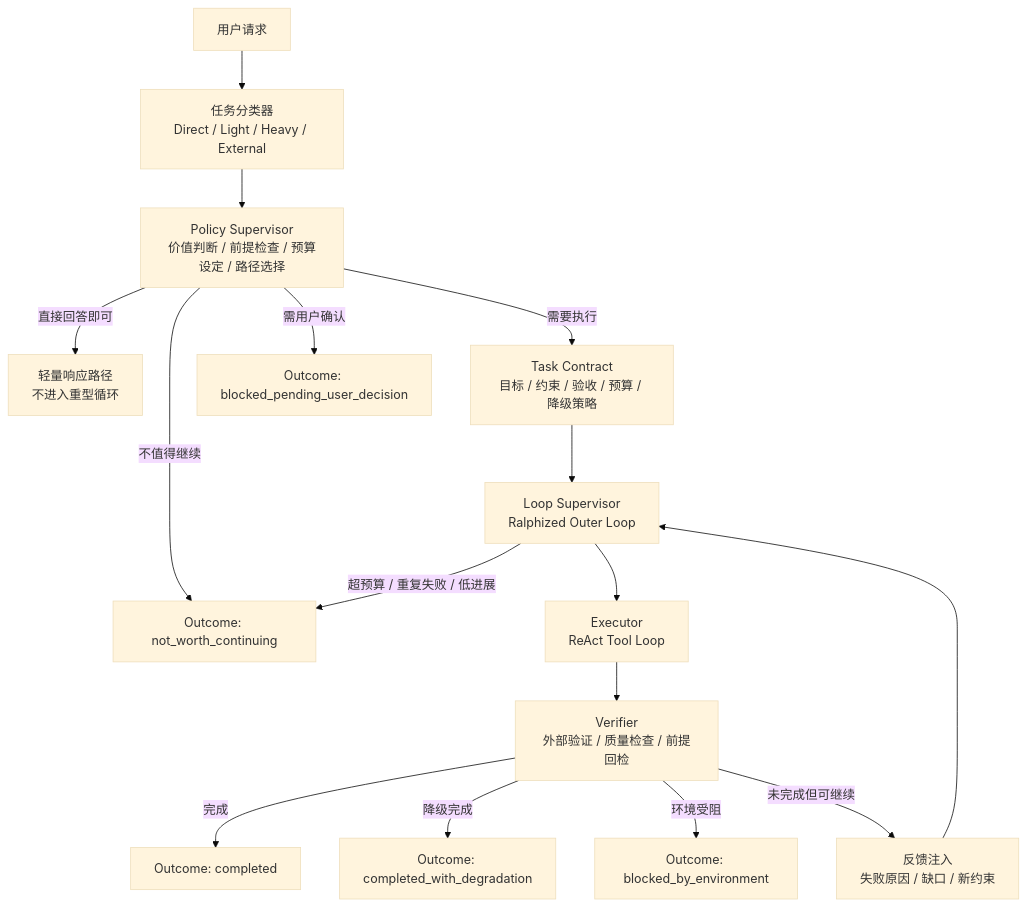
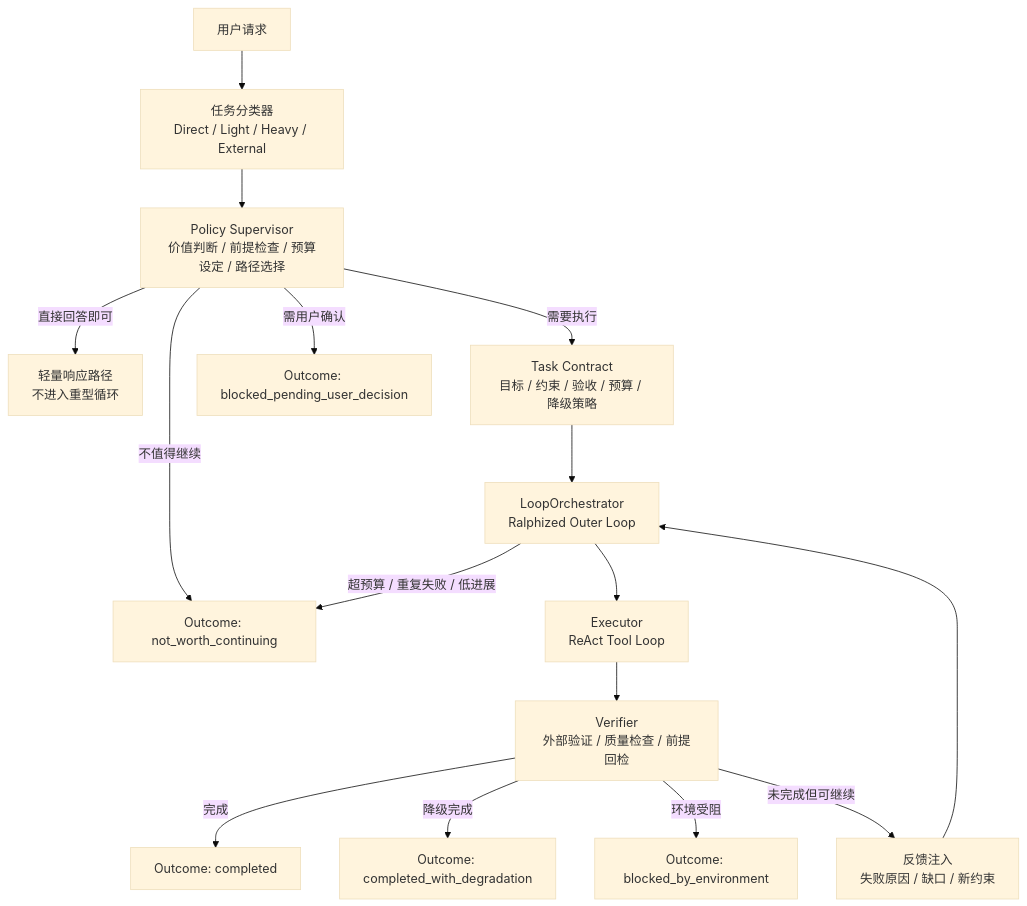
The first of 4 diagrams in docs/plans/2026-03-07-agent-intelligence-stop-loss-ralph-loop-design.md (jaguarliuu/jaguarclaw), drawn with Mermaid (base theme) before and after one commit. The commit also changed other lines of this file and 3 other files, not shown here.

````diff
--- a/docs/plans/2026-03-07-agent-intelligence-stop-loss-ralph-loop-design.md
+++ b/docs/plans/2026-03-07-agent-intelligence-stop-loss-ralph-loop-design.md
@@ -219,21 +219,21 @@
 ```mermaid
 flowchart TD
     U[用户请求] --> C[任务分类器\nDirect / Light / Heavy / External]
     C --> P[Policy Supervisor\n价值判断 / 前提检查 / 预算设定 / 路径选择]
 
     P -->|直接回答即可| R1[轻量响应路径\n不进入重型循环]
     P -->|需要执行| T[Task Contract\n目标 / 约束 / 验收 / 预算 / 降级策略]
     P -->|需用户确认| O4[Outcome: blocked_pending_user_decision]
     P -->|不值得继续| O5[Outcome: not_worth_continuing]
 
-    T --> L[Loop Supervisor\nRalphized Outer Loop]
+    T --> L[LoopOrchestrator\nRalphized Outer Loop]
     L --> E[Executor\nReAct Tool Loop]
     E --> V[Verifier\n外部验证 / 质量检查 / 前提回检]
     V -->|完成| O1[Outcome: completed]
     V -->|降级完成| O2[Outcome: completed_with_degradation]
     V -->|环境受阻| O3[Outcome: blocked_by_environment]
     V -->|未完成但可继续| F[反馈注入\n失败原因 / 缺口 / 新约束]
     F --> L
 
     L -->|超预算 / 重复失败 / 低进展| O5
 ```
````
